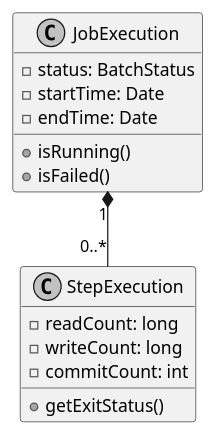
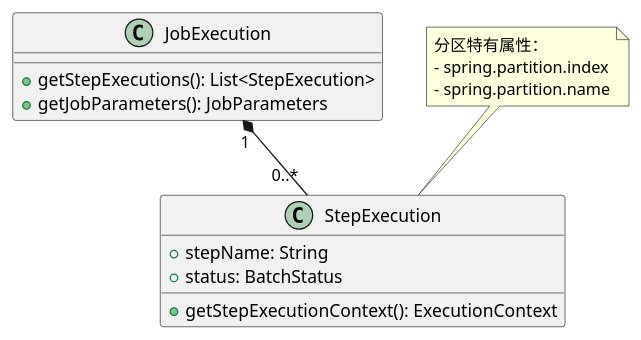
Before and after one commit to wb04307201/wb04307201: the fourth of 4 diagrams in note/06.spring/spring-batch/README.md, drawn with PlantUML. The commit also changed other lines of this file, not shown here.

````diff
--- a/note/06.spring/spring-batch/README.md
+++ b/note/06.spring/spring-batch/README.md
@@ -186,23 +263,22 @@
 ```plantuml
 @startuml
-skinparam monochrome true
-skinparam shadowing false
+class StepExecution {
+    +stepName: String
+    +status: BatchStatus
+    +getStepExecutionContext(): ExecutionContext
+}
 
 class JobExecution {
-    - status: BatchStatus
-    - startTime: Date
-    - endTime: Date
-    + isRunning()
-    + isFailed()
-}
-
-class StepExecution {
-    - readCount: long
-    - writeCount: long
-    - commitCount: int
-    + getExitStatus()
+    +getStepExecutions(): List<StepExecution>
+    +getJobParameters(): JobParameters
 }
 
 JobExecution "1" *-- "0..*" StepExecution
+
+note top of StepExecution
+    分区特有属性：
+    - spring.partition.index
+    - spring.partition.name
+end note
 @enduml
 ```
````
